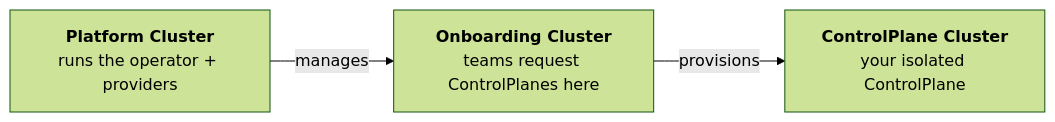
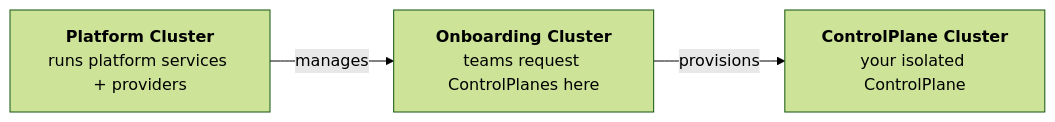
Before and after one commit to openmcp-project/docs: the diagram in docs/operators/01-quickstart.md, drawn with Mermaid (forest theme). The commit also changed other lines of this file, not shown here.

Commit message:
docs(operators): replace "the operator" with "platform services" in quickstart
"The operator" was confusing as no specific operator was introduced at that
point. "Platform services" aligns with the terminology used throughout the guide.

````diff
--- a/docs/operators/01-quickstart.md
+++ b/docs/operators/01-quickstart.md
@@ -16,5 +16,5 @@
 ```mermaid
 flowchart LR
-    A["<b>Platform Cluster</b><br/>runs the operator + providers"] -->|manages| B["<b>Onboarding Cluster</b><br/>teams request ControlPlanes here"]
+    A["<b>Platform Cluster</b><br/>runs platform services + providers"] -->|manages| B["<b>Onboarding Cluster</b><br/>teams request ControlPlanes here"]
     B -->|provisions| C["<b>ControlPlane Cluster</b><br/>your isolated ControlPlane"]
 ```
````
